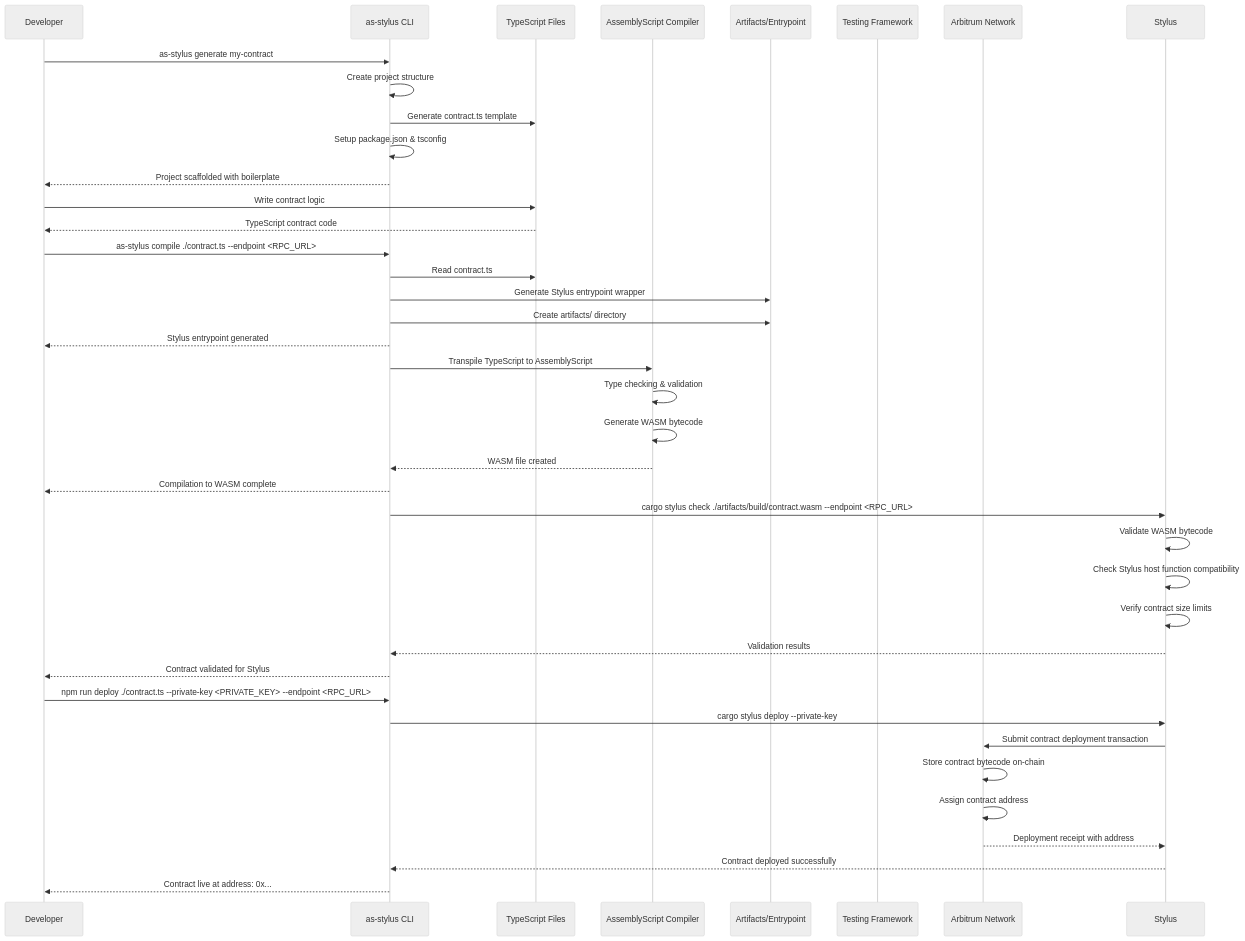
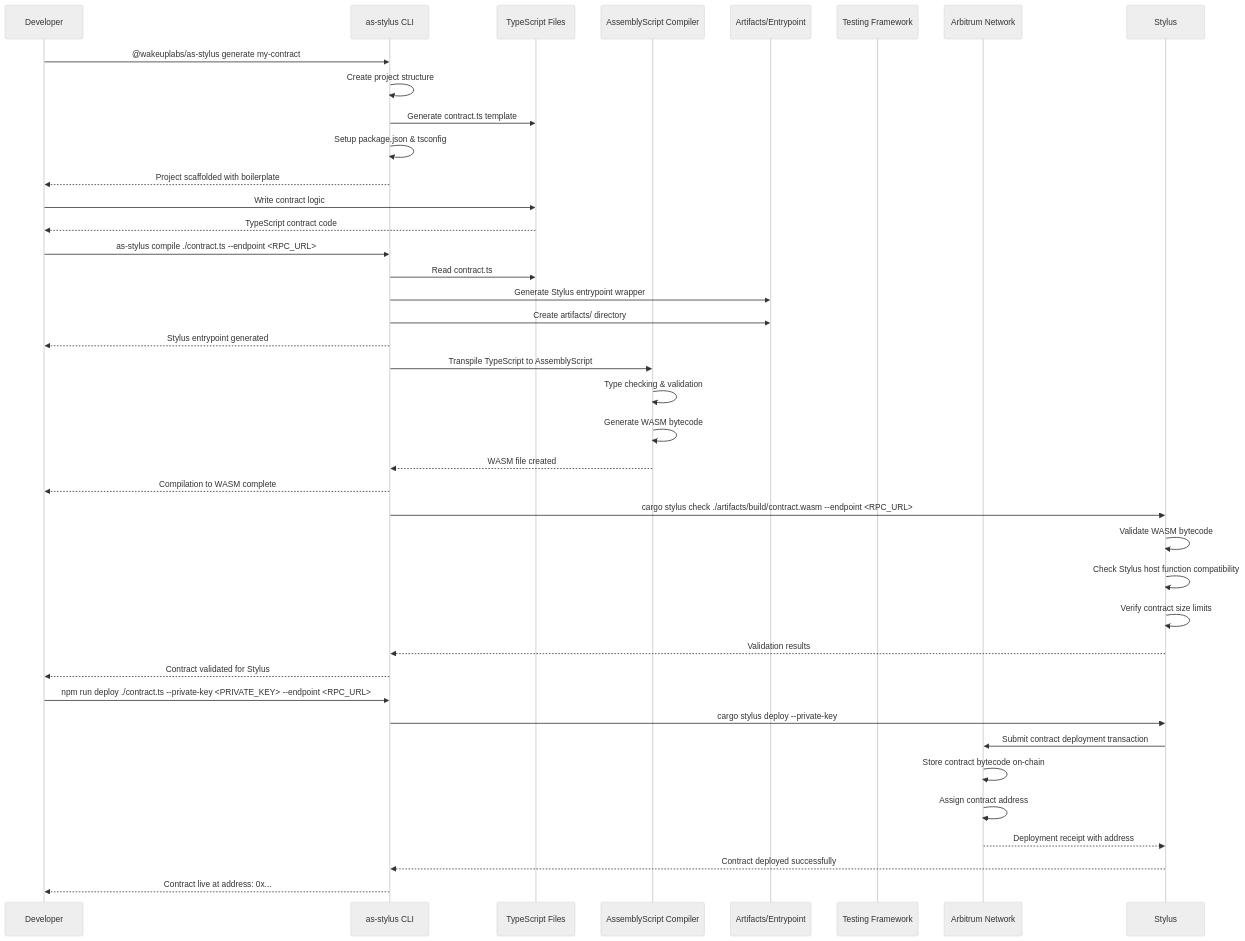
One commit to wakeuplabs-io/assembly-script-stylus-sdk changed the diagram in README.md. Above: the diagram before and after it, drawn with Mermaid (neutral theme). The commit also changed 5 other files, not shown here.

````diff
--- a/README.md
+++ b/README.md
@@ -69,47 +69,47 @@
 ```mermaid
 sequenceDiagram
     participant Dev as Developer
     participant CLI as as-stylus CLI
     participant TS as TypeScript Files
     participant ASC as AssemblyScript Compiler
     participant Artifacts as Artifacts/Entrypoint
     participant Tests as Testing Framework
     participant Arbitrum as Arbitrum Network
 
-    Dev->>CLI: as-stylus generate my-contract
+    Dev->>CLI: @wakeuplabs/as-stylus generate my-contract
     CLI->>CLI: Create project structure
     CLI->>TS: Generate contract.ts template
     CLI->>CLI: Setup package.json & tsconfig
     CLI-->>Dev: Project scaffolded with boilerplate
 
     Dev->>TS: Write contract logic
     TS-->>Dev: TypeScript contract code
 
     Dev->>CLI: as-stylus compile ./contract.ts  --endpoint <RPC_URL>
     CLI->>TS: Read contract.ts
     CLI->>Artifacts: Generate Stylus entrypoint wrapper
     CLI->>Artifacts: Create artifacts/ directory
     CLI-->>Dev: Stylus entrypoint generated
 
     CLI->>ASC: Transpile TypeScript to AssemblyScript
     ASC->>ASC: Type checking & validation
     ASC->>ASC: Generate WASM bytecode
     ASC-->>CLI: WASM file created
     CLI-->>Dev: Compilation to WASM complete
 
     CLI->>Stylus: cargo stylus check ./artifacts/build/contract.wasm  --endpoint <RPC_URL>
     Stylus->>Stylus: Validate WASM bytecode
     Stylus->>Stylus: Check Stylus host function compatibility
     Stylus->>Stylus: Verify contract size limits
     Stylus-->>CLI: Validation results
     CLI-->>Dev: Contract validated for Stylus
 
     Dev->>CLI: npm run deploy ./contract.ts --private-key <PRIVATE_KEY> --endpoint <RPC_URL>
     CLI->>Stylus: cargo stylus deploy --private-key
     Stylus->>Arbitrum: Submit contract deployment transaction
     Arbitrum->>Arbitrum: Store contract bytecode on-chain
     Arbitrum->>Arbitrum: Assign contract address
     Arbitrum-->>Stylus: Deployment receipt with address
     Stylus-->>CLI: Contract deployed successfully
     CLI-->>Dev: Contract live at address: 0x...
 ```
````
